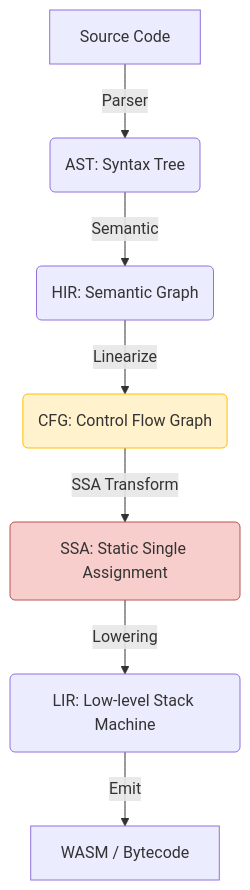
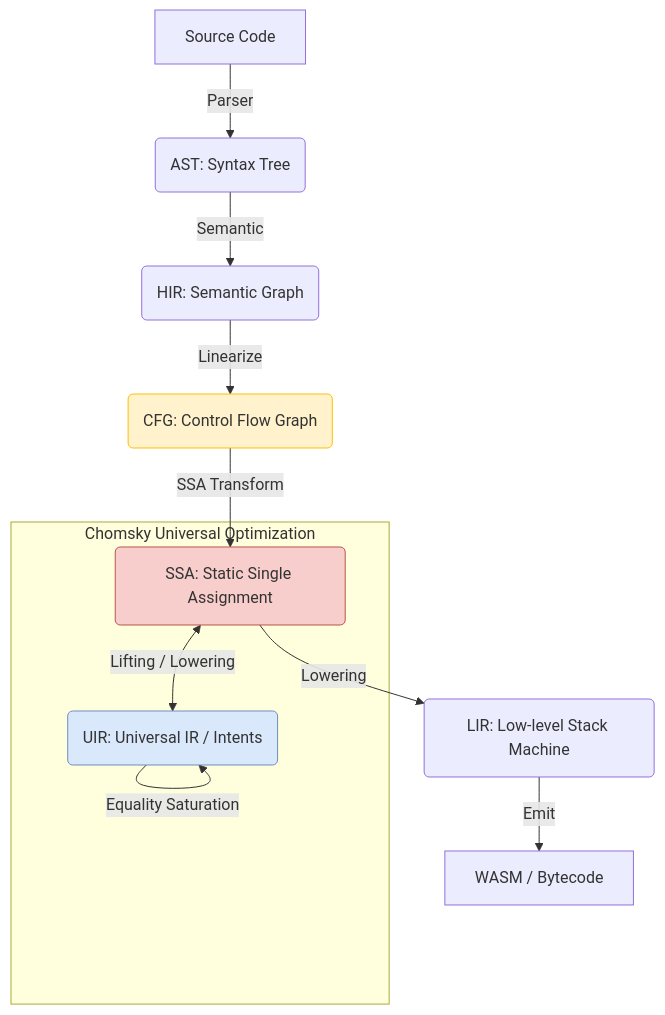
The diagram in documentation/en-us/maintenance/project-architecture.md (nyar-vm/nyar-vm), drawn with Mermaid before and after one commit. The commit also changed other lines of this file and 8 other files, not shown here.

````diff
--- a/documentation/en-us/maintenance/project-architecture.md
+++ b/documentation/en-us/maintenance/project-architecture.md
@@ -14,12 +14,19 @@
 ```mermaid
 graph TD
     A[Source Code] -->|Parser| B(AST: Syntax Tree);
     B -->|Semantic| C(HIR: Semantic Graph);
     C -->|Linearize| D(CFG: Control Flow Graph);
     D -->|SSA Transform| E(SSA: Static Single Assignment);
+    
+    subgraph Optimization [Chomsky Universal Optimization]
+        E <-->|Lifting / Lowering| U(UIR: Universal IR / Intents);
+        U -->|Equality Saturation| U;
+    end
+    
     E -->|Lowering| F(LIR: Low-level Stack Machine);
     F -->|Emit| G[WASM / Bytecode];
 
     style D fill:#fff2cc,stroke:#ffbf00
     style E fill:#f8cecc,stroke:#b85450
+    style U fill:#dae8fc,stroke:#6c8ebf
 ```
````
